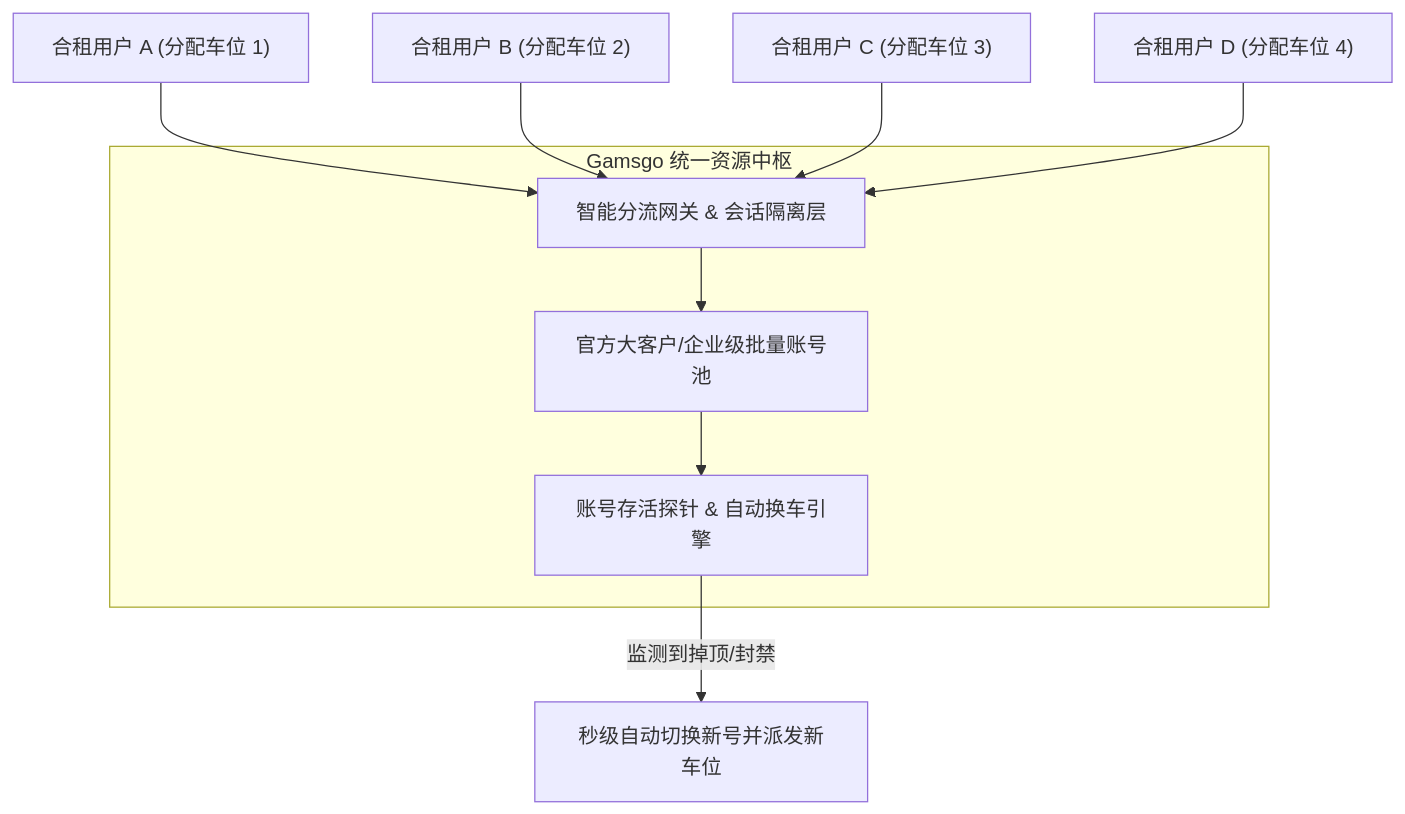
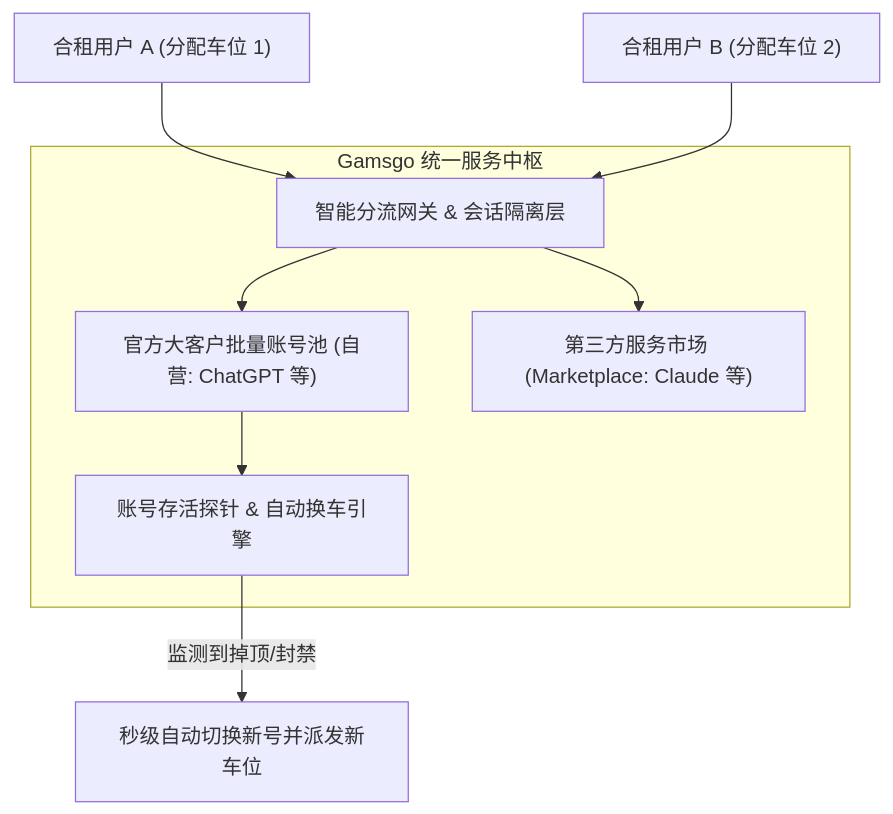
Before and after one commit to ponyletter/py310sphinx_knowledge: the diagram in docs/source/courses/ai_reverse_proxy_and_account_pool/stage2_official_purchase_and_avoid_pitfalls/02_gamsgo_carpool_evaluation.md, drawn with Mermaid. The commit also changed other lines of this file and 12 other files, not shown here.

````diff
--- a/docs/source/courses/ai_reverse_proxy_and_account_pool/stage2_official_purchase_and_avoid_pitfalls/02_gamsgo_carpool_evaluation.md
+++ b/docs/source/courses/ai_reverse_proxy_and_account_pool/stage2_official_purchase_and_avoid_pitfalls/02_gamsgo_carpool_evaluation.md
@@ -9,17 +9,17 @@
 ```mermaid
 flowchart TD
-    subgraph Gamsgo_Cluster["Gamsgo 统一资源中枢"]
-        Pool["官方大客户/企业级批量账号池"]
+    subgraph Gamsgo_Cluster["Gamsgo 统一服务中枢"]
+        Pool["官方大客户批量账号池 (自营: ChatGPT 等)"]
+        Market["第三方服务市场 (Marketplace: Claude 等)"]
         Dispatch["智能分流网关 & 会话隔离层"]
         Monitor["账号存活探针 & 自动换车引擎"]
     end
 
     UserA["合租用户 A (分配车位 1)"] --> Dispatch
     UserB["合租用户 B (分配车位 2)"] --> Dispatch
-    UserC["合租用户 C (分配车位 3)"] --> Dispatch
-    UserD["合租用户 D (分配车位 4)"] --> Dispatch
     
     Dispatch --> Pool
+    Dispatch --> Market
     Pool --> Monitor
     Monitor -->|"监测到掉顶/封禁"| AutoRecover["秒级自动切换新号并派发新车位"]
 ```
````
